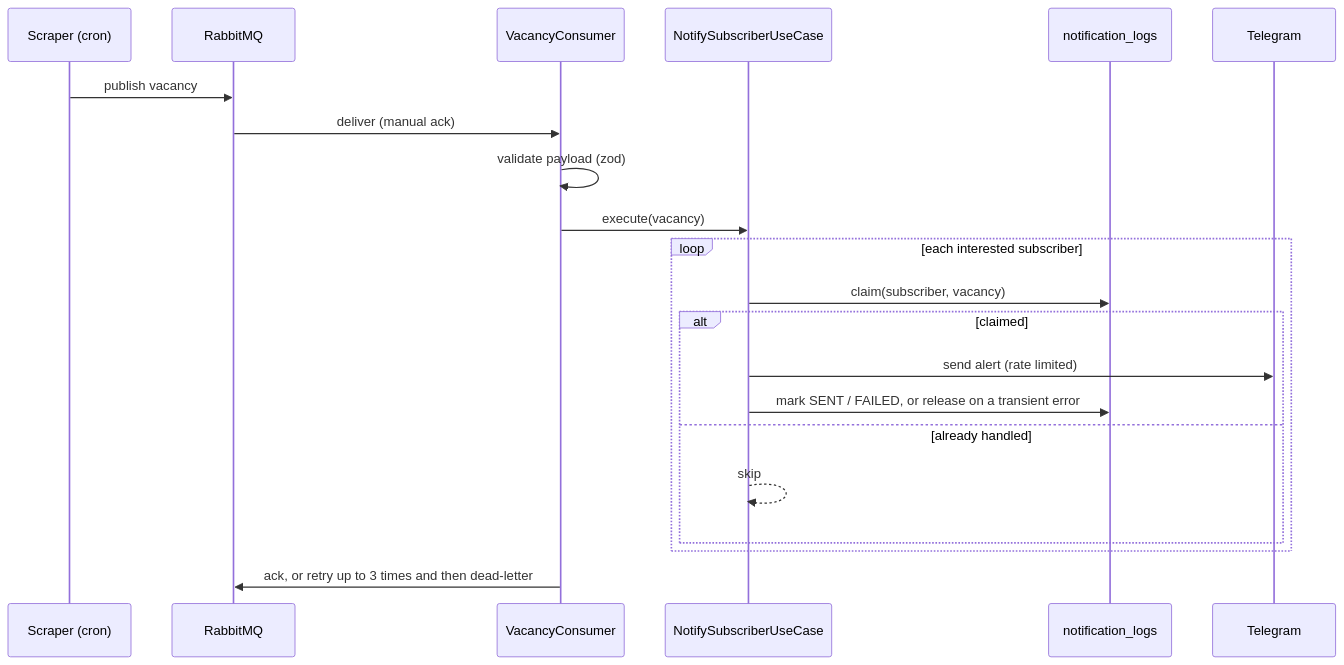
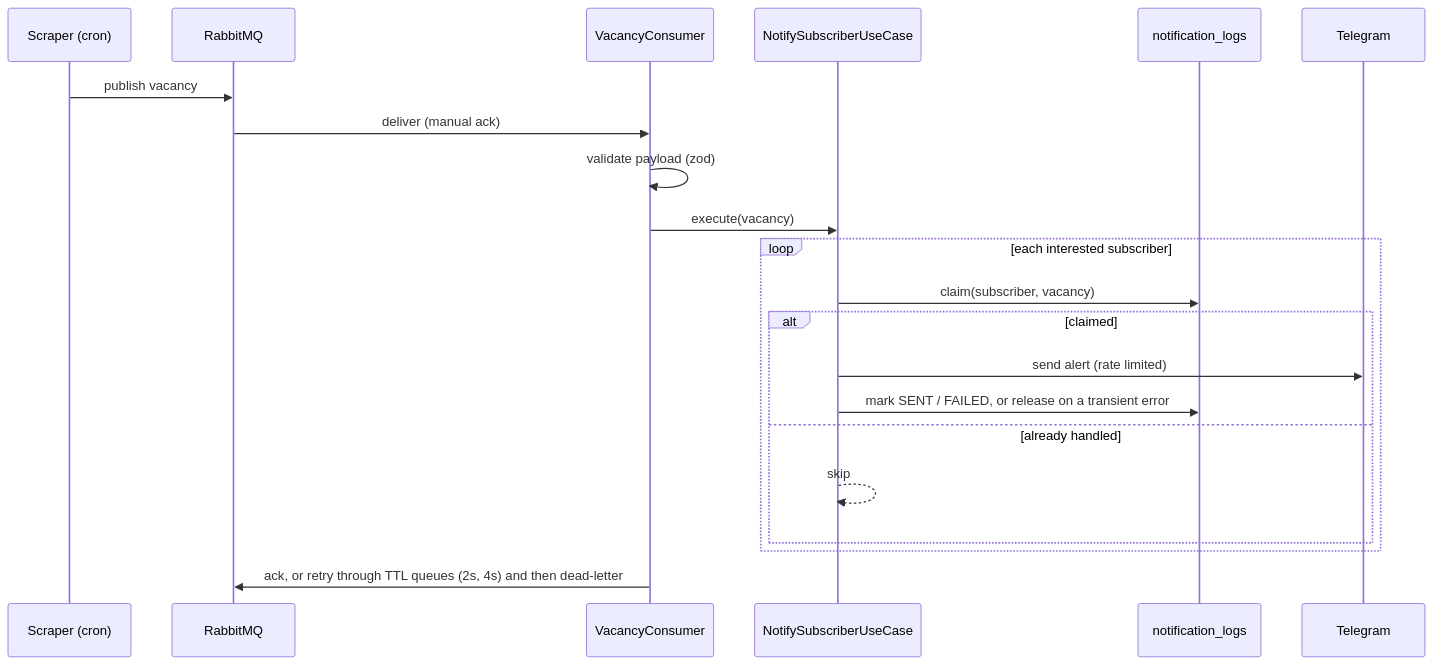
The second of 3 diagrams in docs/architecture.md (TheSupereor/concursoBot), drawn with Mermaid before and after one commit. The commit also changed other lines of this file and 11 other files, not shown here.

First line of the commit message:
feat(messaging): retry through TTL queues instead of sleeping in the handler

````diff
--- a/docs/architecture.md
+++ b/docs/architecture.md
@@ -64,24 +64,24 @@
 ```mermaid
 sequenceDiagram
   participant Sc as Scraper (cron)
   participant MQ as RabbitMQ
   participant Co as VacancyConsumer
   participant UC as NotifySubscriberUseCase
   participant Log as notification_logs
   participant Tg as Telegram
 
   Sc->>MQ: publish vacancy
   MQ->>Co: deliver (manual ack)
   Co->>Co: validate payload (zod)
   Co->>UC: execute(vacancy)
   loop each interested subscriber
     UC->>Log: claim(subscriber, vacancy)
     alt claimed
       UC->>Tg: send alert (rate limited)
       UC->>Log: mark SENT / FAILED, or release on a transient error
     else already handled
       UC-->>UC: skip
     end
   end
-  Co->>MQ: ack, or retry up to 3 times and then dead-letter
+  Co->>MQ: ack, or retry through TTL queues (2s, 4s) and then dead-letter
 ```
````
